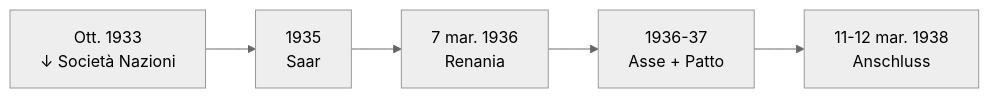
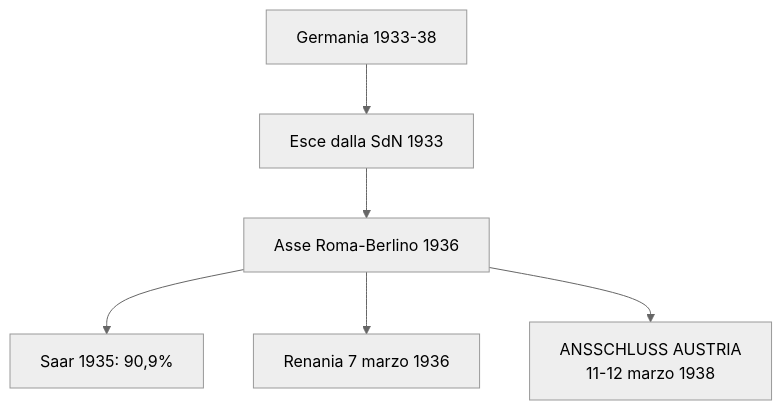
One commit to riccardo-algorime/appunti-5Bsa changed the fifth of 6 diagrams in storia/materiale/studio/capitolo_3.11_ripasso.md. Above: the diagram before and after it, drawn with Mermaid (neutral theme). The commit also changed other lines of this file and 5 other files, not shown here.

````diff
--- a/storia/materiale/studio/capitolo_3.11_ripasso.md
+++ b/storia/materiale/studio/capitolo_3.11_ripasso.md
@@ -231,7 +204,8 @@
 ```mermaid
-flowchart LR
-    A["Ott. 1933<br/>↓ Società Nazioni"] --> B["1935<br/>Saar"]
-    B --> C["7 mar. 1936<br/>Renania"]
-    C --> D["1936-37<br/>Asse + Patto"]
-    D --> E["11-12 mar. 1938<br/>Anschluss"]
+flowchart TD
+    A[Germania 1933-38] --> B[Esce dalla SdN 1933]
+    B --> C[Asse Roma-Berlino 1936]
+    C --> D[Saar 1935: 90,9%]
+    C --> E[Renania 7 marzo 1936]
+    C --> F[ANSSCHLUSS AUSTRIA<br/>11-12 marzo 1938]
 ```
````
